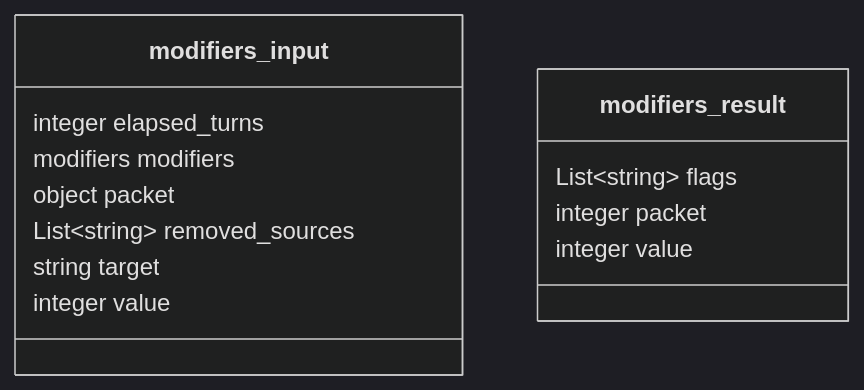
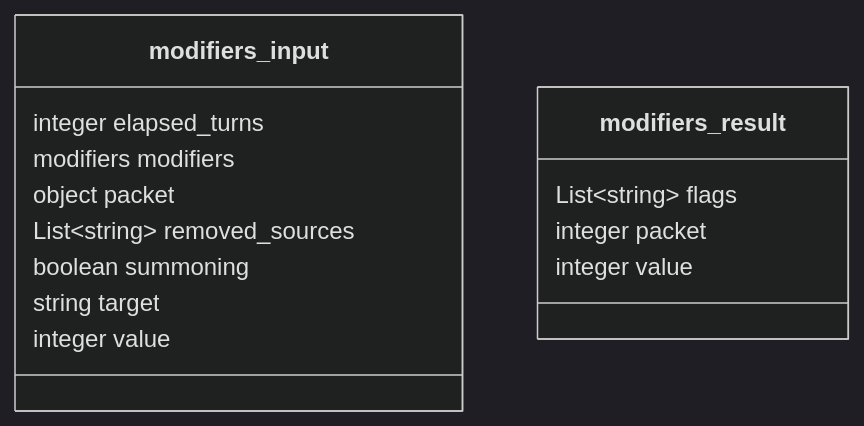
Before and after one commit to SETA1609/riftweave-core: diagram 16 of 26 in docs/backend/contract-diagram.md, drawn with Mermaid (dark theme). The commit also changed other lines of this file and 22 other files, not shown here.

````diff
--- a/docs/backend/contract-diagram.md
+++ b/docs/backend/contract-diagram.md
@@ -468,16 +469,17 @@
 ```mermaid
 classDiagram
     class modifiers_input {
         integer elapsed_turns
         modifiers modifiers
         object packet
         List~string~ removed_sources
+        boolean summoning
         string target
         integer value
     }
     class modifiers_result {
         List~string~ flags
         integer packet
         integer value
     }
 ```
````
